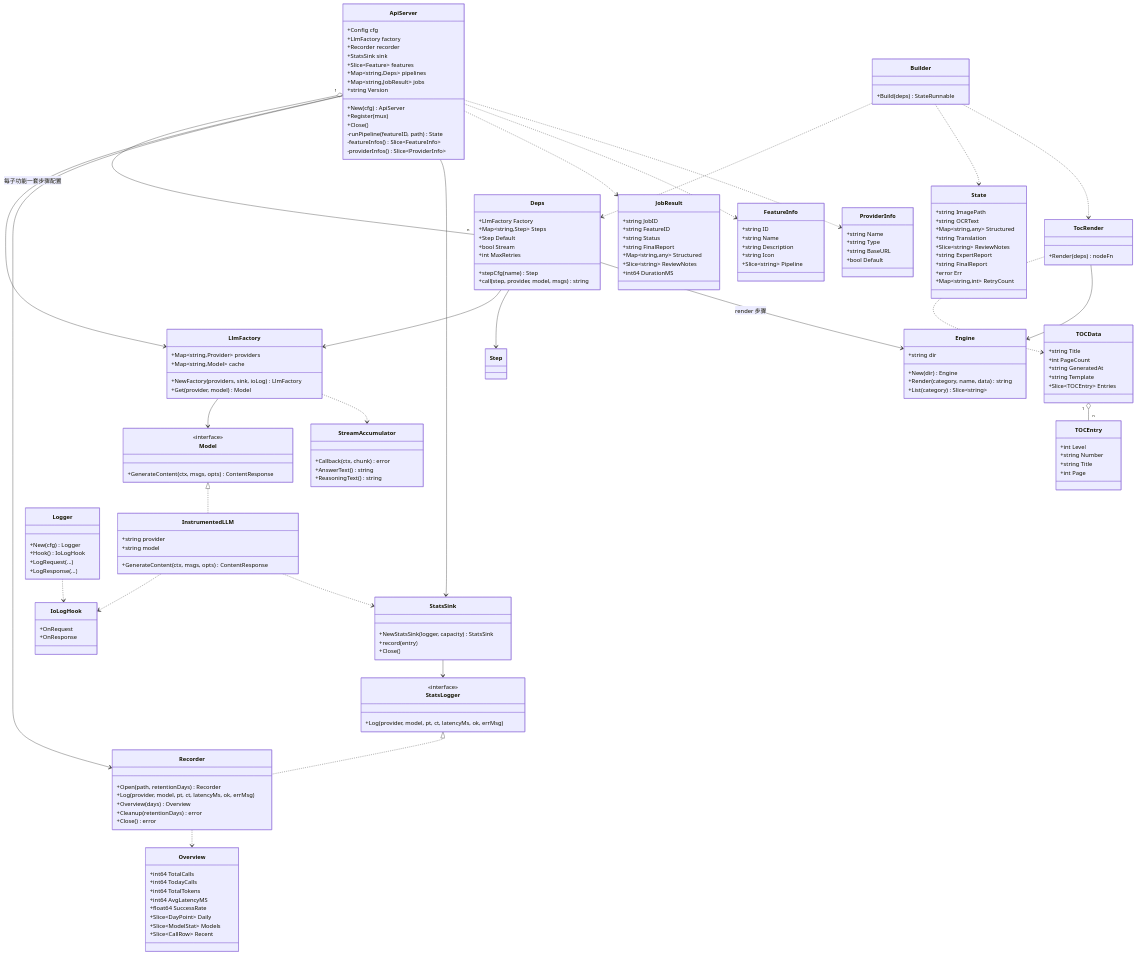
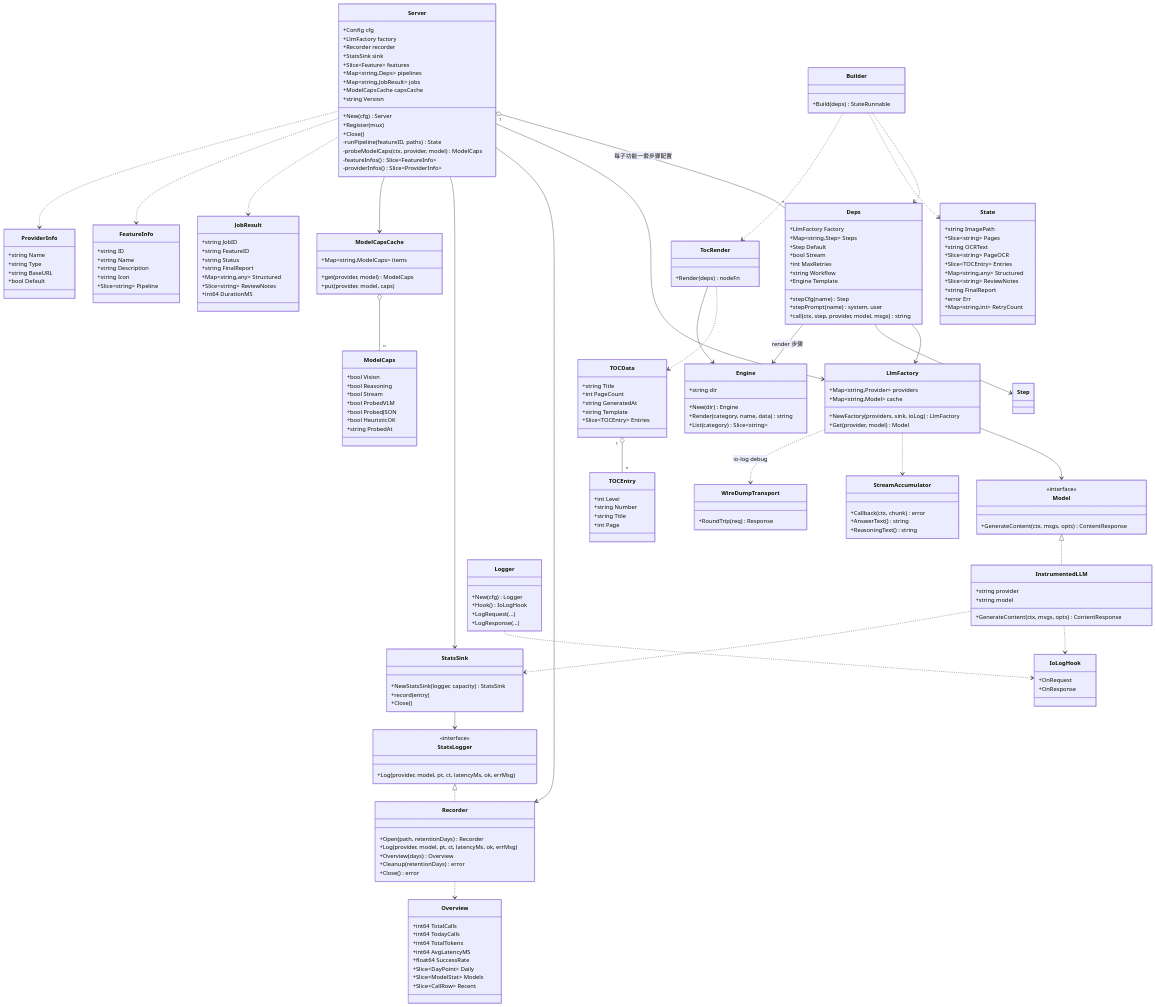
The fifth of 5 diagrams in README.md (colin2wang/go-ai-agent), drawn with Mermaid before and after one commit. The commit also changed other lines of this file and 1 other file, not shown here.

````diff
--- a/README.md
+++ b/README.md
@@ -408,6 +430,6 @@
 ```mermaid
 classDiagram
-    class ApiServer {
+    class Server {
         +Config cfg
         +LlmFactory factory
         +Recorder recorder
@@ -415,11 +437,13 @@
         +Slice~Feature~ features
         +Map~string,Deps~ pipelines
         +Map~string,JobResult~ jobs
+        +ModelCapsCache capsCache
         +string Version
-        +New(cfg) ApiServer
+        +New(cfg) Server
         +Register(mux)
         +Close()
-        -runPipeline(featureID, path) State
+        -runPipeline(featureID, paths) State
+        -probeModelCaps(ctx, provider, model) ModelCaps
         -featureInfos() Slice~FeatureInfo~
         -providerInfos() Slice~ProviderInfo~
     }
@@ -445,13 +469,28 @@
         +string BaseURL
         +bool Default
     }
+    class ModelCaps {
+        +bool Vision
+        +bool Reasoning
+        +bool Stream
+        +bool ProbedVLM
+        +bool ProbedJSON
+        +bool HeuristicOK
+        +string ProbedAt
+    }
+    class ModelCapsCache {
+        +Map~string,ModelCaps~ items
+        +get(provider, model) ModelCaps
+        +put(provider, model, caps)
+    }
     class State {
         +string ImagePath
+        +Slice~string~ Pages
         +string OCRText
+        +Slice~string~ PageOCR
+        +Slice~TOCEntry~ Entries
         +Map~string,any~ Structured
-        +string Translation
         +Slice~string~ ReviewNotes
-        +string ExpertReport
         +string FinalReport
         +error Err
         +Map~string,int~ RetryCount
@@ -462,8 +501,11 @@
         +Step Default
         +bool Stream
         +int MaxRetries
+        +string Workflow
+        +Engine Template
         +stepCfg(name) Step
-        +call(step, provider, model, msgs) string
+        +stepPrompt(name) system, user
+        +call(ctx, step, provider, model, msgs) string
     }
     class Builder {
         +Build(deps) StateRunnable
@@ -507,6 +549,9 @@
         +LogRequest(...)
         +LogResponse(...)
     }
+    class WireDumpTransport {
+        +RoundTrip(req) Response
+    }
     class Recorder {
         +Open(path, retentionDays) Recorder
         +Log(provider, model, pt, ct, latencyMs, ok, errMsg)
@@ -547,13 +592,15 @@
         +int Page
     }
 
-    ApiServer "1" o-- "n" Deps : 每子功能一套步骤配置
-    ApiServer --> LlmFactory
-    ApiServer --> Recorder
-    ApiServer --> StatsSink
-    ApiServer ..> JobResult
-    ApiServer ..> FeatureInfo
-    ApiServer ..> ProviderInfo
+    Server "1" o-- "n" Deps : 每子功能一套步骤配置
+    Server --> LlmFactory
+    Server --> Recorder
+    Server --> StatsSink
+    Server --> ModelCapsCache
+    ModelCapsCache o-- "n" ModelCaps
+    Server ..> JobResult
+    Server ..> FeatureInfo
+    Server ..> ProviderInfo
     Builder ..> Deps
     Builder ..> State
     Deps --> LlmFactory
@@ -561,6 +608,7 @@
     LlmFactory --> Model
     Model <|.. InstrumentedLLM
     LlmFactory ..> StreamAccumulator
+    LlmFactory ..> WireDumpTransport : io-log debug
     InstrumentedLLM ..> IoLogHook
     InstrumentedLLM ..> StatsSink
     Logger ..> IoLogHook
````
